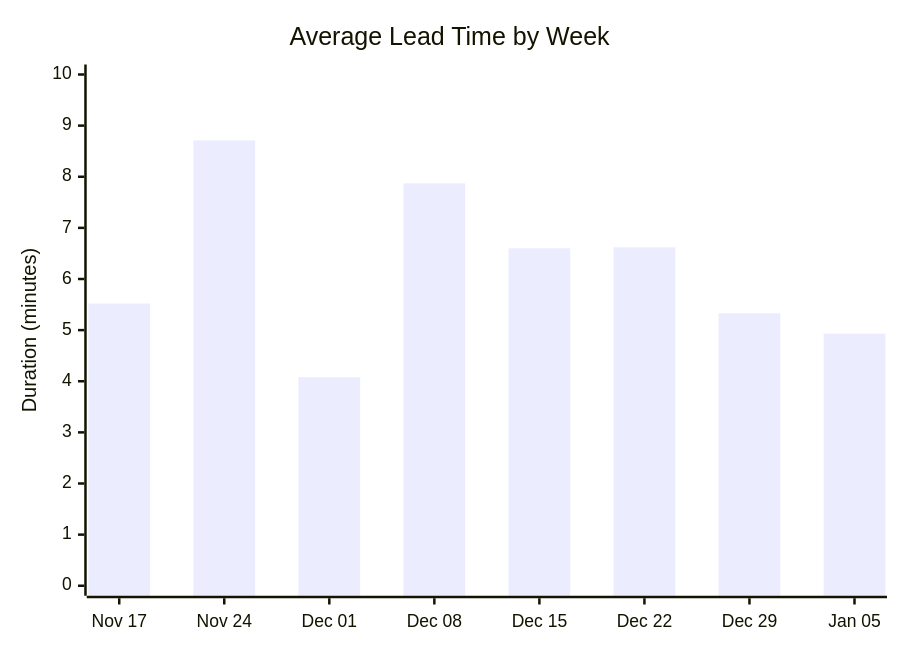
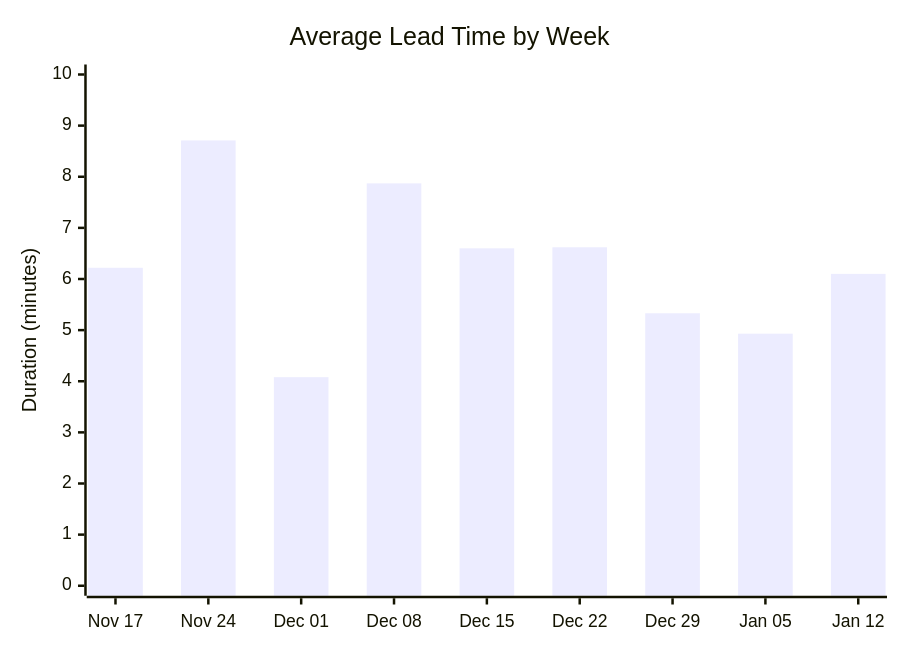
One commit to ukma-cs-ssdm-2025/rate-ukma changed the second of 4 diagrams in docs/ci-cd/dora-summary.md. Above: the diagram before and after it, drawn with Mermaid. The commit also changed other lines of this file, not shown here.

````diff
--- a/docs/ci-cd/dora-summary.md
+++ b/docs/ci-cd/dora-summary.md
@@ -29,7 +26,7 @@
 ```mermaid
 xychart-beta
     title "Average Lead Time by Week"
-    x-axis ["Nov 17", "Nov 24", "Dec 01", "Dec 08", "Dec 15", "Dec 22", "Dec 29", "Jan 05"]
+    x-axis ["Nov 17", "Nov 24", "Dec 01", "Dec 08", "Dec 15", "Dec 22", "Dec 29", "Jan 05", "Jan 12"]
     y-axis "Duration (minutes)" 0 --> 10
-    bar [5.52, 8.71, 4.08, 7.87, 6.60, 6.62, 5.33, 4.93]
+    bar [6.22, 8.71, 4.08, 7.87, 6.60, 6.62, 5.33, 4.93, 6.10]
 ```
````
